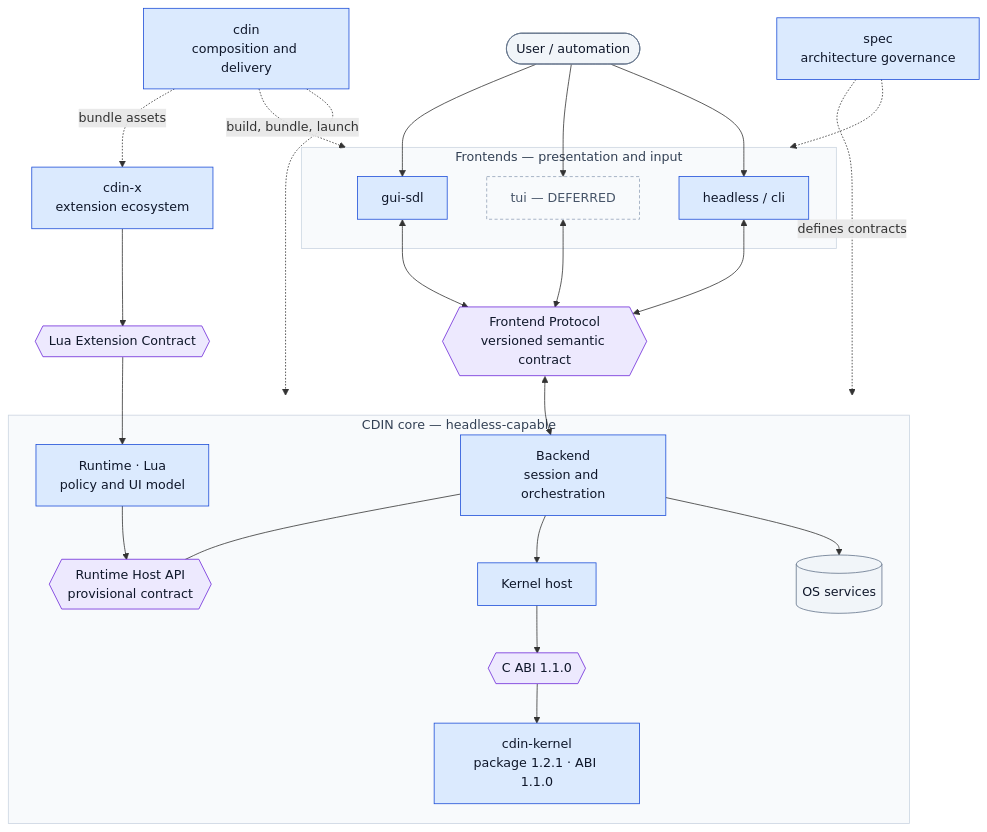
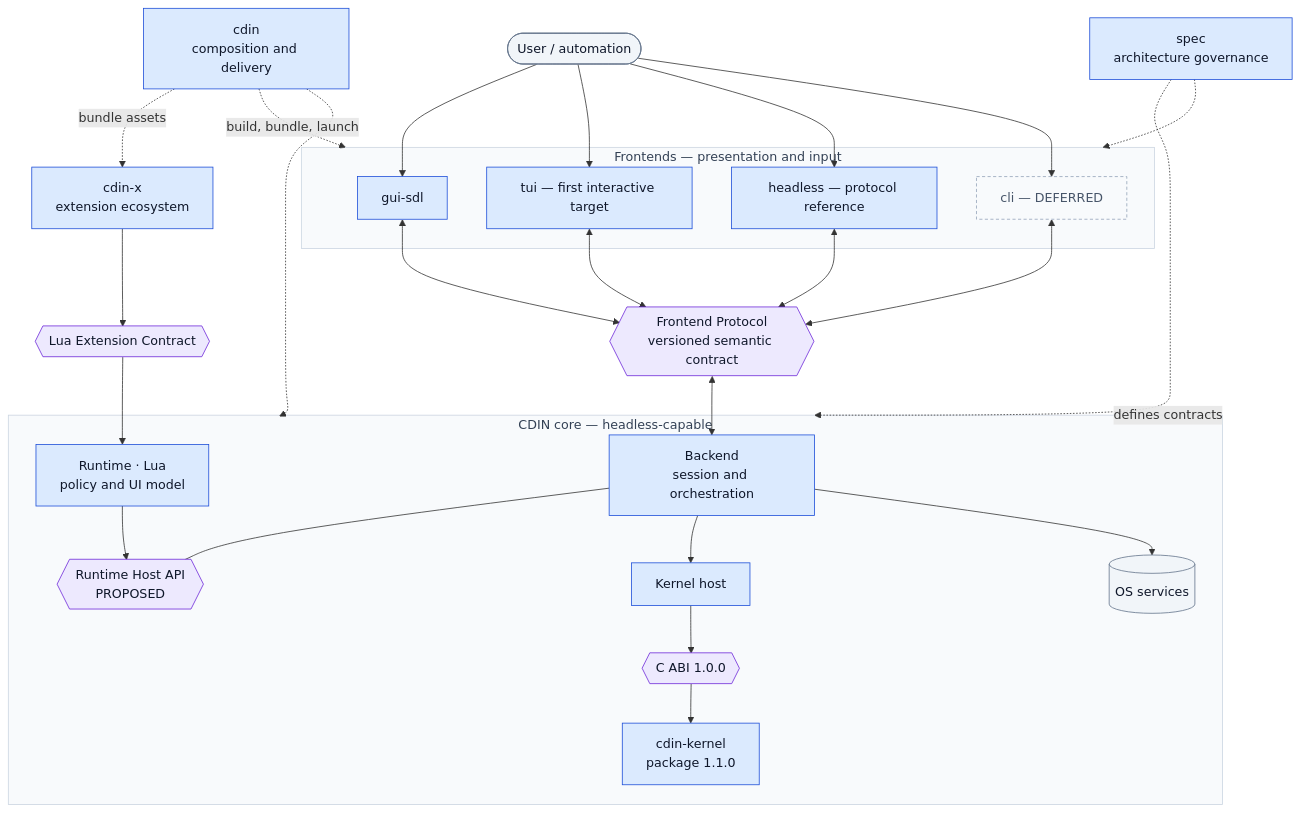
Before and after one commit to cdin-editor/spec: the first of 4 diagrams in docs/architecture/system-maps.md, drawn with Mermaid. The commit also changed other lines of this file and 45 other files, not shown here.

First line of the commit message:
docs(spec): synchronize Kernel contract and finalize Frontend architecture

````diff
--- a/docs/architecture/system-maps.md
+++ b/docs/architecture/system-maps.md
@@ -7,54 +7,58 @@
 ```mermaid
 flowchart TB
     USER(["User / automation"])
 
     subgraph PRESENTATION["Frontends — presentation and input"]
         GUI["gui-sdl"]
-        TUI["tui — DEFERRED"]
-        HL["headless / cli"]
+        TUI["tui — first interactive target"]
+        HL["headless — protocol reference"]
+        CLI["cli — DEFERRED"]
     end
     FP{{"Frontend Protocol<br/>versioned semantic contract"}}
 
     subgraph CORE["CDIN core — headless-capable"]
         BE["Backend<br/>session and orchestration"]
         RT["Runtime · Lua<br/>policy and UI model"]
-        RHA{{"Runtime Host API<br/>provisional contract"}}
+        RHA{{"Runtime Host API<br/>PROPOSED"}}
         KH["Kernel host"]
-        ABI{{"C ABI 1.1.0"}}
-        K["cdin-kernel<br/>package 1.2.1 · ABI 1.1.0"]
+        ABI{{"C ABI 1.0.0"}}
+        K["cdin-kernel<br/>package 1.1.0"]
         OS[("OS services")]
     end
     EXTC{{"Lua Extension Contract"}}
     X["cdin-x<br/>extension ecosystem"]
     ROOT["cdin<br/>composition and delivery"]
     SPEC["spec<br/>architecture governance"]
 
     USER --> GUI
     USER --> TUI
     USER --> HL
+    USER --> CLI
     GUI <--> FP
     TUI <--> FP
     HL <--> FP
+    CLI <--> FP
     FP <--> BE
     BE --- RHA
     RT --> RHA
     BE --> KH --> ABI --> K
     BE --> OS
     X --> EXTC --> RT
     ROOT -. "build, bundle, launch" .-> PRESENTATION
     ROOT -.-> CORE
     ROOT -. "bundle assets" .-> X
     SPEC -. "defines contracts" .-> CORE
     SPEC -.-> PRESENTATION
 
     classDef comp fill:#dbeafe,stroke:#1d4ed8,color:#0f172a
     classDef contract fill:#ede9fe,stroke:#6d28d9,color:#0f172a
     classDef external fill:#f1f5f9,stroke:#64748b,color:#0f172a
     classDef deferred fill:#f8fafc,stroke:#94a3b8,color:#475569,stroke-dasharray:4 3
     classDef group fill:#f8fafc,stroke:#cbd5e1,color:#334155
-    class GUI,HL,BE,RT,KH,K,X,ROOT,SPEC comp
+    class GUI,TUI,HL,BE,RT,KH,K,X,ROOT,SPEC comp
     class FP,RHA,ABI,EXTC contract
     class OS,USER external
-    class TUI deferred
+    class TUI comp
+    class CLI deferred
     class PRESENTATION,CORE group
 ```
````
